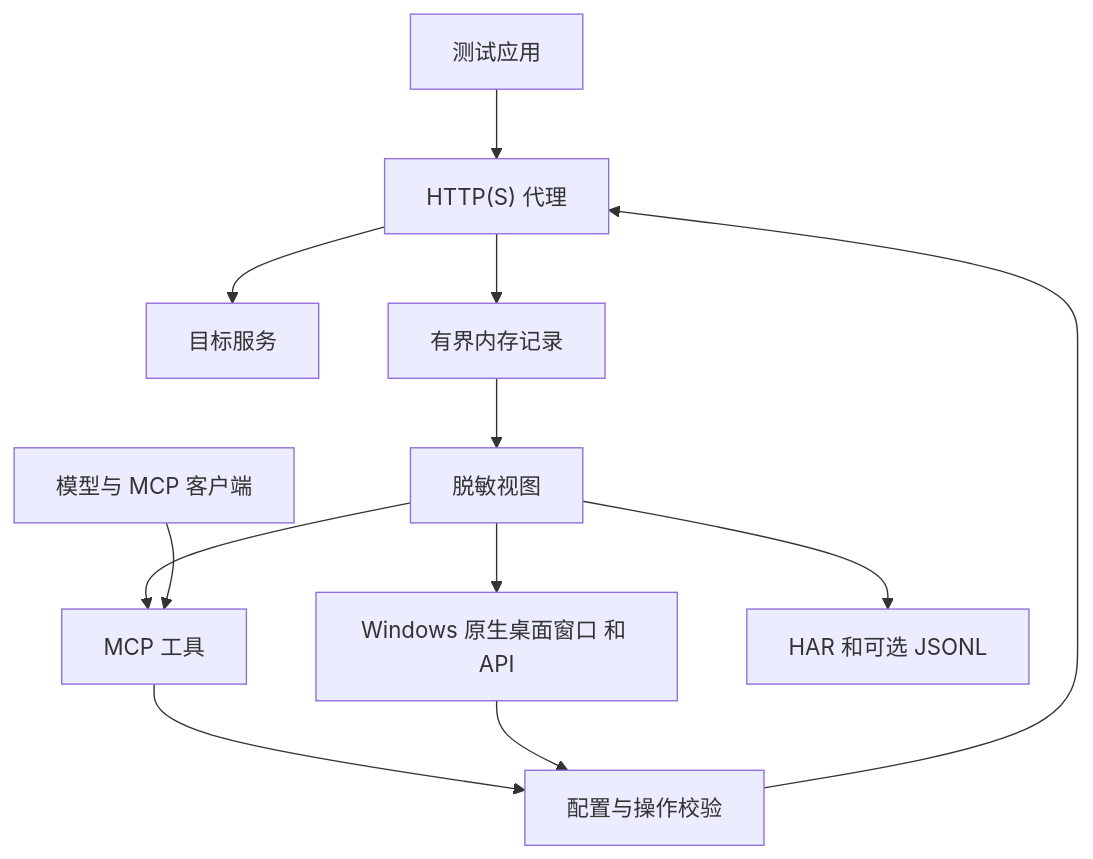
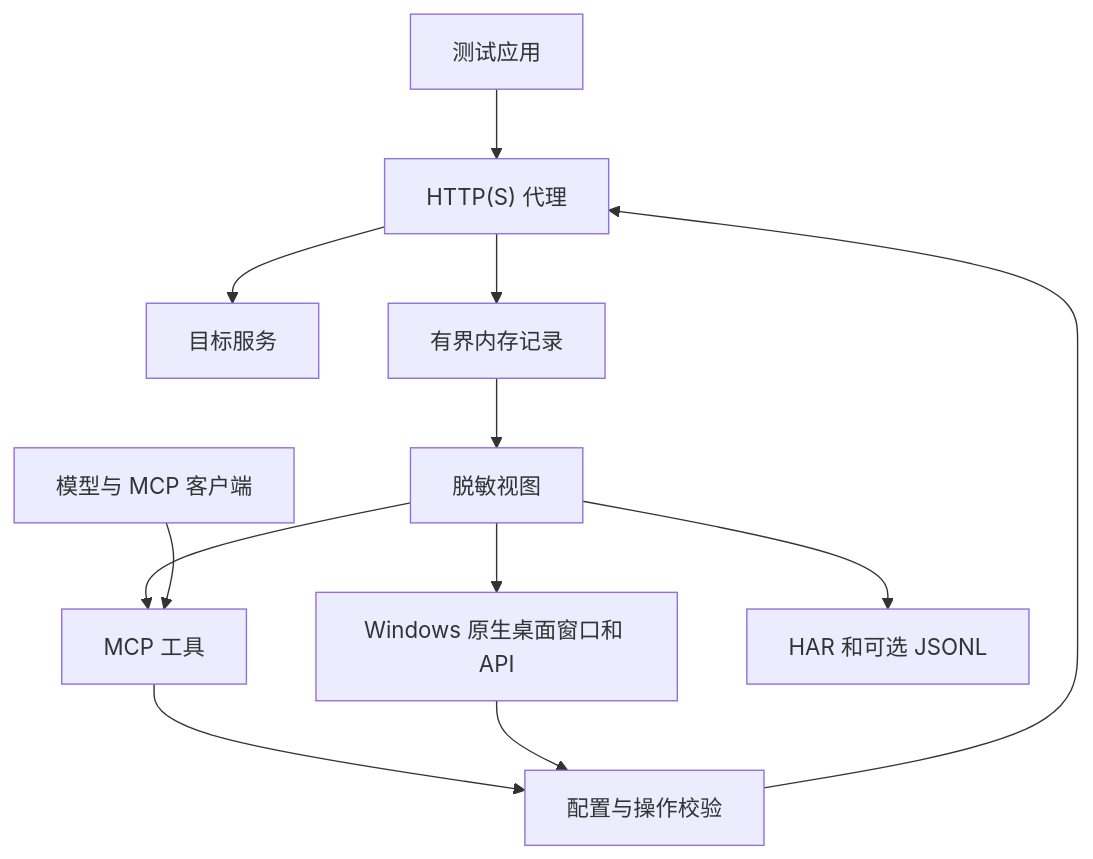
The first of 2 diagrams in docs/architecture.md (EricHongXDD/NetLens-Go-MCP), drawn with Mermaid before and after one commit. The commit also changed other lines of this file and 25 other files, not shown here.

````diff
--- a/docs/architecture.md
+++ b/docs/architecture.md
@@ -11,14 +11,14 @@
 ```mermaid
 flowchart TD
     Client["测试应用"] --> Proxy["HTTP(S) 代理"]
     Proxy --> Upstream["目标服务"]
     Proxy --> Store["有界内存记录"]
     Store --> View["脱敏视图"]
     View --> MCP["MCP 工具"]
-    View --> UI["Windows 原生桌面窗口 和 API"]
+    View --> UI["Windows 原生桌面窗口和 API"]
     View --> Export["HAR 和可选 JSONL"]
     Model["模型与 MCP 客户端"] --> MCP
     MCP --> Control["配置与操作校验"]
     UI --> Control
     Control --> Proxy
 ```
````
